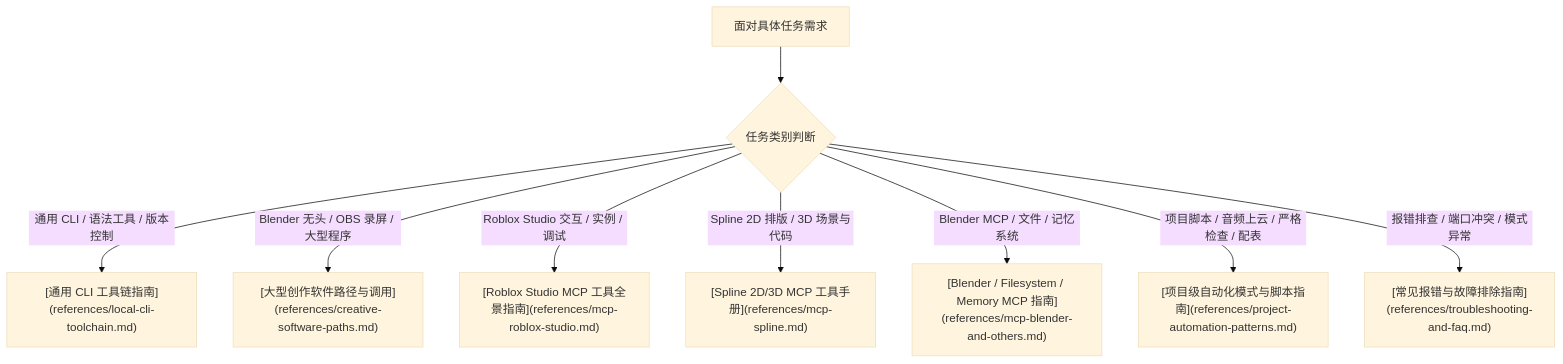
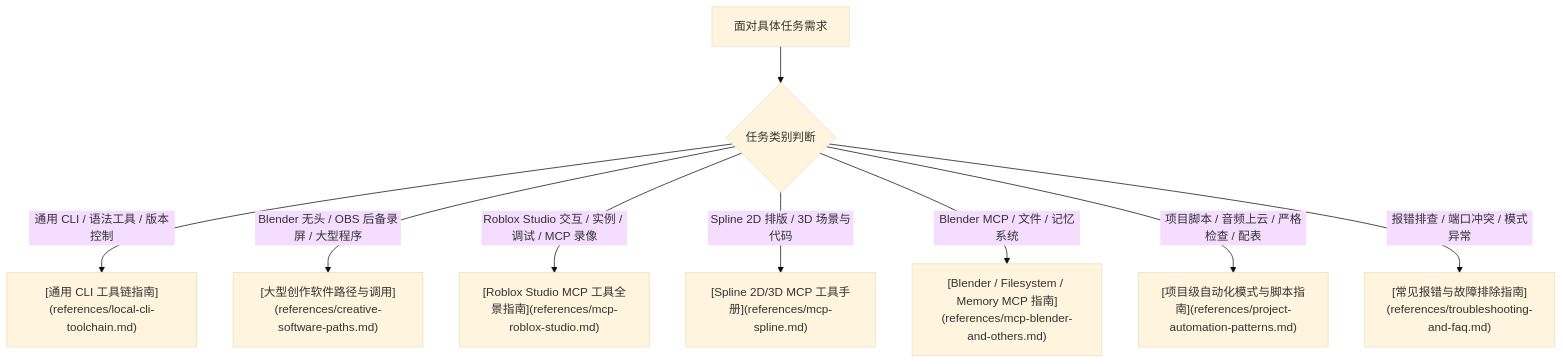
The diagram in .agents/skills/local-toolchain-mcp-guide/SKILL.md (CCDXhenry/DemonShop), drawn with Mermaid (base theme) before and after one commit. The commit also changed other lines of this file and 42 other files, not shown here.

````diff
--- a/.agents/skills/local-toolchain-mcp-guide/SKILL.md
+++ b/.agents/skills/local-toolchain-mcp-guide/SKILL.md
@@ -42,12 +42,12 @@
 ```mermaid
 flowchart TD
     Task["面对具体任务需求"] --> Route{"任务类别判断"}
     
     Route -- "通用 CLI / 语法工具 / 版本控制" --> Ref1["[通用 CLI 工具链指南](references/local-cli-toolchain.md)"]
-    Route -- "Blender 无头 / OBS 录屏 / 大型程序" --> Ref2["[大型创作软件路径与调用](references/creative-software-paths.md)"]
-    Route -- "Roblox Studio 交互 / 实例 / 调试" --> Ref3["[Roblox Studio MCP 工具全景指南](references/mcp-roblox-studio.md)"]
+    Route -- "Blender 无头 / OBS 后备录屏 / 大型程序" --> Ref2["[大型创作软件路径与调用](references/creative-software-paths.md)"]
+    Route -- "Roblox Studio 交互 / 实例 / 调试 / MCP 录像" --> Ref3["[Roblox Studio MCP 工具全景指南](references/mcp-roblox-studio.md)"]
     Route -- "Spline 2D 排版 / 3D 场景与代码" --> Ref4["[Spline 2D/3D MCP 工具手册](references/mcp-spline.md)"]
     Route -- "Blender MCP / 文件 / 记忆系统" --> Ref5["[Blender / Filesystem / Memory MCP 指南](references/mcp-blender-and-others.md)"]
     Route -- "项目脚本 / 音频上云 / 严格检查 / 配表" --> Ref6["[项目级自动化模式与脚本指南](references/project-automation-patterns.md)"]
     Route -- "报错排查 / 端口冲突 / 模式异常" --> Ref7["[常见报错与故障排除指南](references/troubleshooting-and-faq.md)"]
 ```
````
